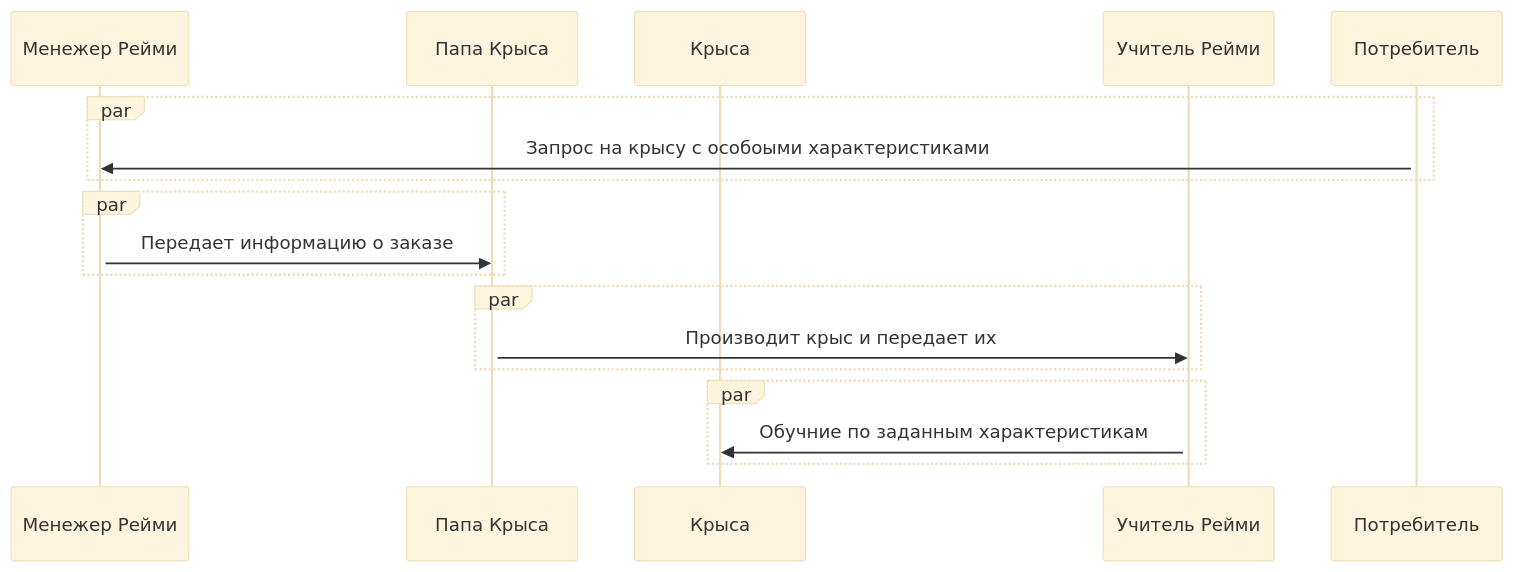
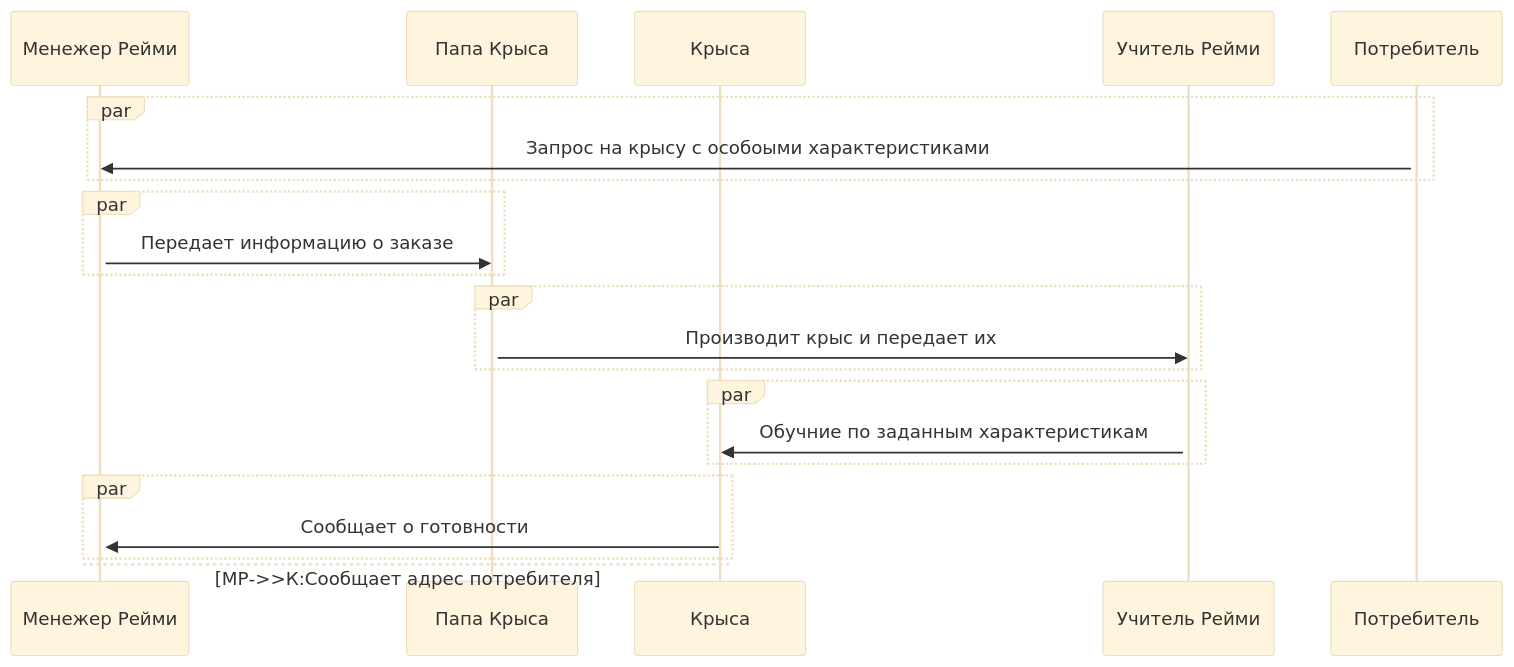
One commit to VegaMethadone/Software-engineering- changed the diagram in README.md. Above: the diagram before and after it, drawn with Mermaid (base theme).

````diff
--- a/README.md
+++ b/README.md
@@ -13,27 +13,31 @@
 ```mermaid
 sequenceDiagram
     participant МР as Менежер Рейми
     participant ПК as Папа Крыса
     participant К as Крыса
     participant Р as Учитель Рейми
     participant П as Потребитель
     activate П
     par
         П->>МР: Запрос на крысу с особоыми характеристиками 
     end
     activate МР
     par
         МР->>ПК:Передает информацию о заказе
     end
     activate ПК
     par
         ПК->>Р: Производит крыс и передает их
     end
     activate Р
     par 
         Р->>К:Обучние по заданным характеристикам
     end
+    par
+        К->>МР:Сообщает о готовности 
+        and МР->>К:Сообщает адрес потребителя
+    end
     
     
     
 ```
````
